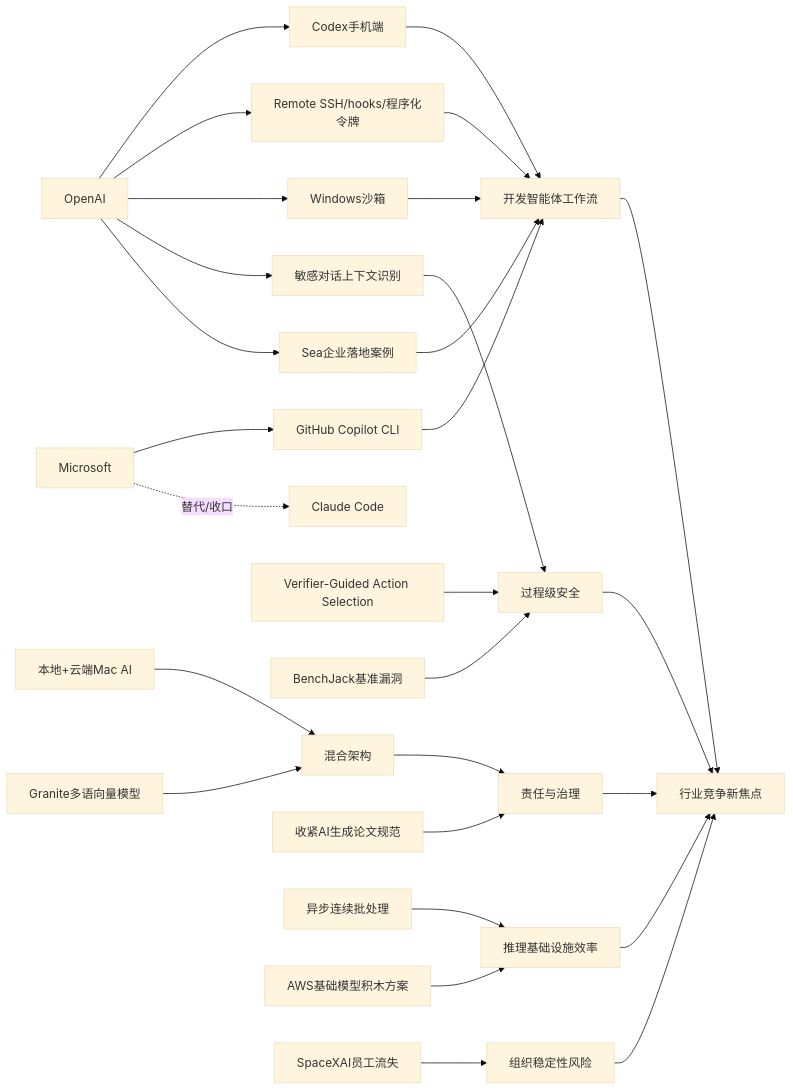
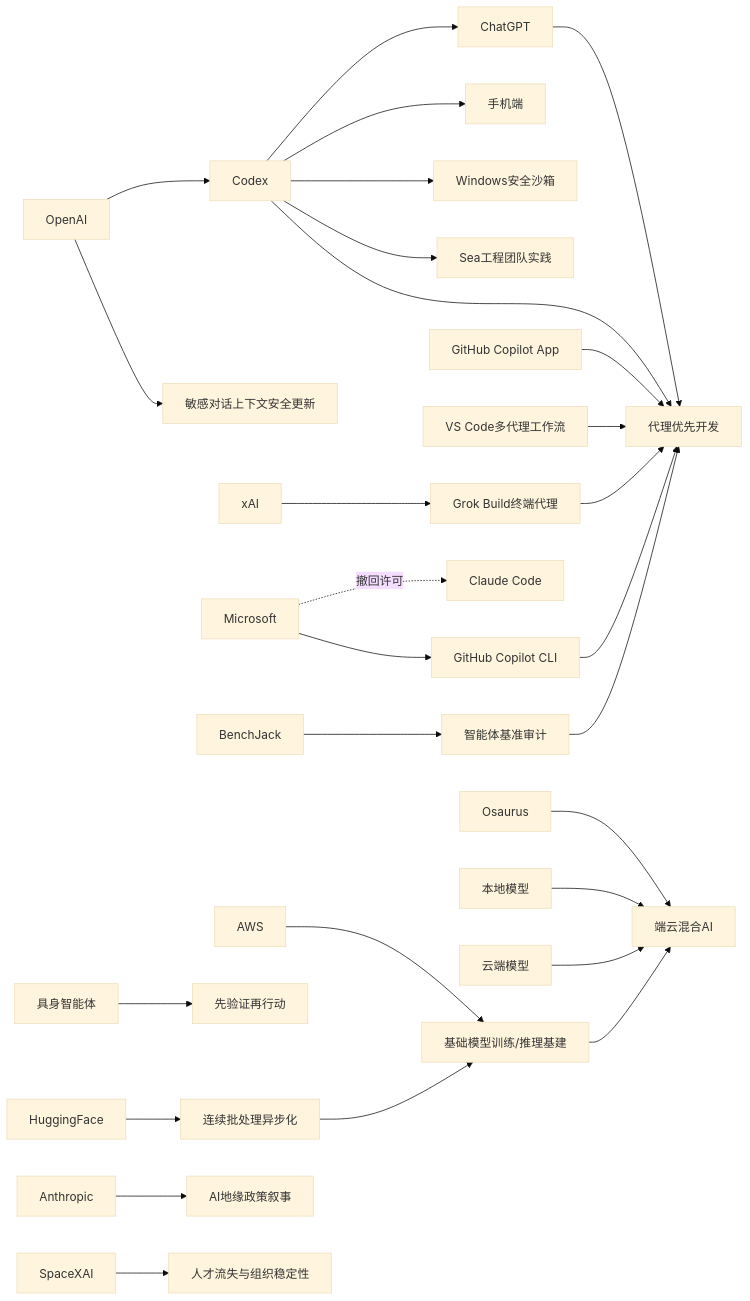
Before and after one commit to zhuxinfei/ai-daily-site: the diagram in content/cn/2026/2026-05/2026-05-15.md, drawn with Mermaid (base theme). The commit also changed other lines of this file, not shown here.

````diff
--- a/content/cn/2026/2026-05/2026-05-15.md
+++ b/content/cn/2026/2026-05/2026-05-15.md
@@ -110,36 +110,37 @@
 ```mermaid
 graph LR
-    OpenAI --> Codex_Mobile[Codex手机端]
-    OpenAI --> Codex_Remote[Remote SSH/hooks/程序化令牌]
-    OpenAI --> Codex_Sandbox[Windows沙箱]
-    OpenAI --> Sensitive_Context[敏感对话上下文识别]
-    OpenAI --> Sea_Case[Sea企业落地案例]
+    OpenAI --> Codex
+    Codex --> ChatGPT
+    Codex --> Mobile[手机端]
+    Codex --> WindowsSandbox[Windows安全沙箱]
+    Codex --> Sea[Sea工程团队实践]
 
-    Codex_Mobile --> Agent_Workflow[开发智能体工作流]
-    Codex_Remote --> Agent_Workflow
-    Codex_Sandbox --> Agent_Workflow
-    Sea_Case --> Agent_Workflow
+    OpenAI --> SafetyUpdate[敏感对话上下文安全更新]
 
-    Microsoft --> CopilotCLI[GitHub Copilot CLI]
-    Microsoft -.替代/收口.-> ClaudeCode[Claude Code]
-    CopilotCLI --> Agent_Workflow
+    ChatGPT --> AgentFirst[代理优先开发]
+    Codex --> AgentFirst
+    GitHubCopilot[GitHub Copilot App] --> AgentFirst
+    VSCode[VS Code多代理工作流] --> AgentFirst
+    xAI --> GrokBuild[Grok Build终端代理]
+    GrokBuild --> AgentFirst
 
-    Verifier_Paper[Verifier-Guided Action Selection] --> AI_Safety[过程级安全]
-    BenchJack[BenchJack基准漏洞] --> AI_Safety
-    Sensitive_Context --> AI_Safety
+    Microsoft --> GitHubCopilotCLI[GitHub Copilot CLI]
+    Microsoft -.撤回许可.-> ClaudeCode[Claude Code]
+    GitHubCopilotCLI --> AgentFirst
 
-    Osaurus[本地+云端Mac AI] --> Hybrid_AI[混合架构]
-    Granite[Granite多语向量模型] --> Hybrid_AI
-    arXiv[收紧AI生成论文规范] --> Governance[责任与治理]
-    Hybrid_AI --> Governance
+    Osaurus --> HybridAI[端云混合AI]
+    LocalModel[本地模型] --> HybridAI
+    CloudModel[云端模型] --> HybridAI
 
-    HF_Async[异步连续批处理] --> Infra[推理基础设施效率]
-    AWS_Blocks[AWS基础模型积木方案] --> Infra
-    SpaceXAI[SpaceXAI员工流失] --> Org_Risk[组织稳定性风险]
+    HuggingFace --> ContinuousBatching[连续批处理异步化]
+    AWS --> Infra[基础模型训练/推理基建]
+    ContinuousBatching --> Infra
+    Infra --> HybridAI
 
-    Infra --> Industry_Competition[行业竞争新焦点]
-    Org_Risk --> Industry_Competition
-    Agent_Workflow --> Industry_Competition
-    AI_Safety --> Industry_Competition
-    Governance --> Industry_Competition
+    EmbodiedAI[具身智能体] --> VerifyFirst[先验证再行动]
+    BenchJack --> AgentEval[智能体基准审计]
+    AgentEval --> AgentFirst
+
+    Anthropic --> Policy[AI地缘政策叙事]
+    SpaceXAI --> Talent[人才流失与组织稳定性]
 ```
````
